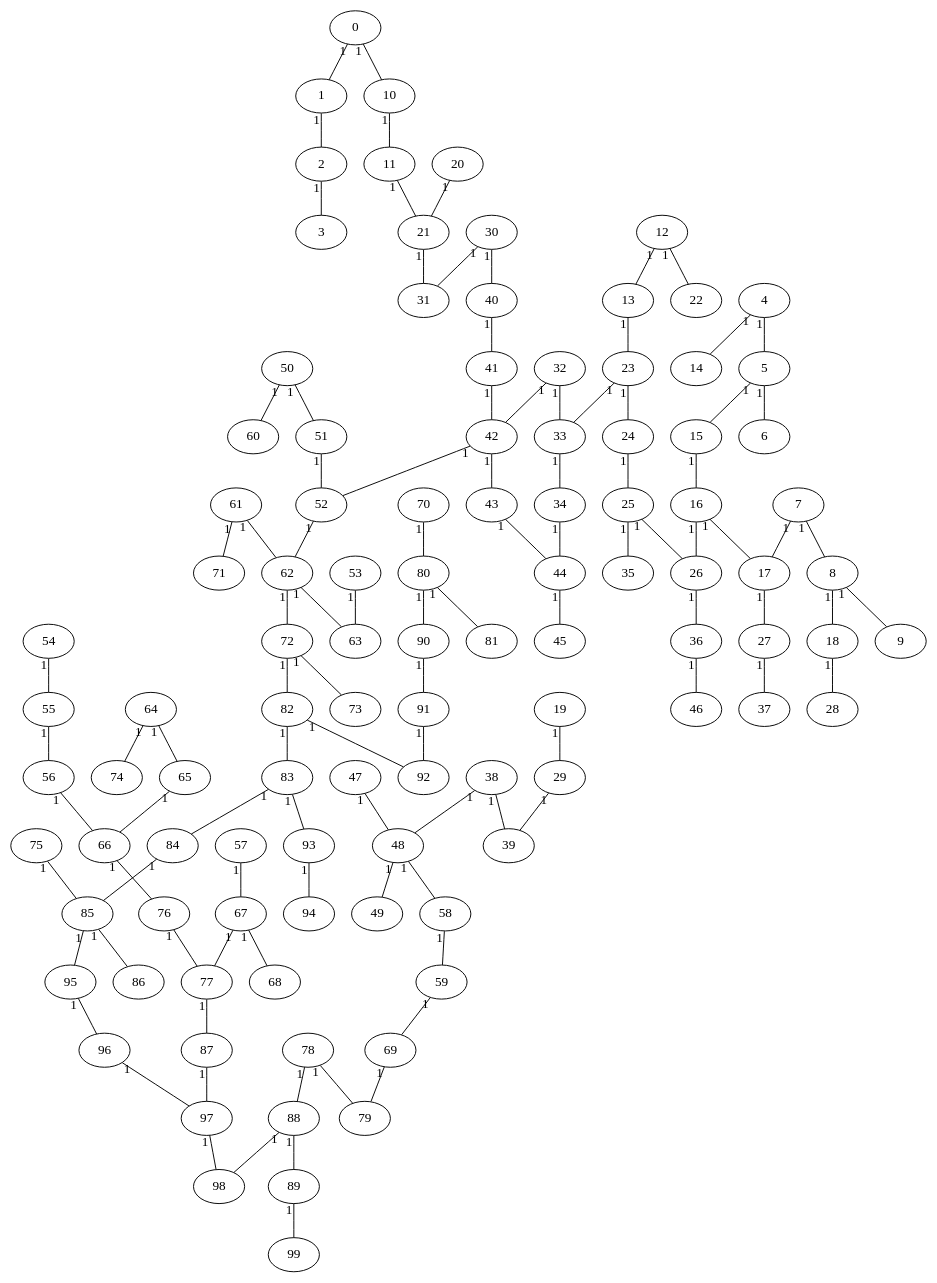
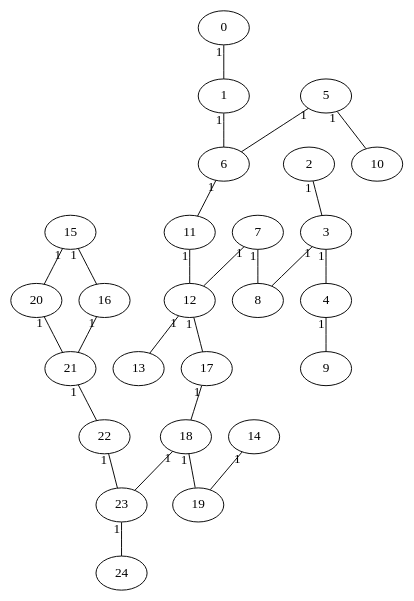
One commit to corentinckf/projetZ1 changed the diagram in parcours_graphe/mathieu/graph.dot. Above: the diagram before and after it, drawn with Graphviz. The commit also changed 6 other files, not shown here.

```diff
--- a/parcours_graphe/mathieu/graph.dot
+++ b/parcours_graphe/mathieu/graph.dot
@@ -1,104 +1,29 @@
 graph { 
 	0--1 [taillabel = "1"]
-	75--85 [taillabel = "1"]
-	27--37 [taillabel = "1"]
-	33--34 [taillabel = "1"]
-	13--23 [taillabel = "1"]
-	19--29 [taillabel = "1"]
-	80--81 [taillabel = "1"]
-	24--25 [taillabel = "1"]
-	23--33 [taillabel = "1"]
-	47--48 [taillabel = "1"]
-	10--11 [taillabel = "1"]
-	18--28 [taillabel = "1"]
-	61--62 [taillabel = "1"]
-	95--96 [taillabel = "1"]
-	70--80 [taillabel = "1"]
-	93--94 [taillabel = "1"]
-	30--40 [taillabel = "1"]
-	85--95 [taillabel = "1"]
-	1--2 [taillabel = "1"]
-	12--22 [taillabel = "1"]
-	87--97 [taillabel = "1"]
-	41--42 [taillabel = "1"]
-	4--14 [taillabel = "1"]
-	62--72 [taillabel = "1"]
-	40--41 [taillabel = "1"]
-	85--86 [taillabel = "1"]
+	3--4 [taillabel = "1"]
 	20--21 [taillabel = "1"]
+	12--17 [taillabel = "1"]
+	5--6 [taillabel = "1"]
+	22--23 [taillabel = "1"]
+	17--18 [taillabel = "1"]
+	7--12 [taillabel = "1"]
+	6--11 [taillabel = "1"]
+	1--6 [taillabel = "1"]
+	23--24 [taillabel = "1"]
+	4--9 [taillabel = "1"]
+	14--19 [taillabel = "1"]
+	11--12 [taillabel = "1"]
+	18--23 [taillabel = "1"]
+	7--8 [taillabel = "1"]
+	21--22 [taillabel = "1"]
+	12--13 [taillabel = "1"]
+	5--10 [taillabel = "1"]
+	16--21 [taillabel = "1"]
 	15--16 [taillabel = "1"]
-	11--21 [taillabel = "1"]
-	32--33 [taillabel = "1"]
-	67--77 [taillabel = "1"]
-	26--36 [taillabel = "1"]
-	83--93 [taillabel = "1"]
-	55--56 [taillabel = "1"]
-	38--39 [taillabel = "1"]
-	65--66 [taillabel = "1"]
-	89--99 [taillabel = "1"]
-	80--90 [taillabel = "1"]
-	21--31 [taillabel = "1"]
-	16--17 [taillabel = "1"]
-	91--92 [taillabel = "1"]
-	25--26 [taillabel = "1"]
-	32--42 [taillabel = "1"]
-	84--85 [taillabel = "1"]
-	5--6 [taillabel = "1"]
-	38--48 [taillabel = "1"]
-	7--8 [taillabel = "1"]
-	44--45 [taillabel = "1"]
-	66--76 [taillabel = "1"]
-	97--98 [taillabel = "1"]
-	16--26 [taillabel = "1"]
-	76--77 [taillabel = "1"]
-	54--55 [taillabel = "1"]
-	62--63 [taillabel = "1"]
-	23--24 [taillabel = "1"]
-	5--15 [taillabel = "1"]
-	83--84 [taillabel = "1"]
-	56--66 [taillabel = "1"]
-	12--13 [taillabel = "1"]
-	77--87 [taillabel = "1"]
-	96--97 [taillabel = "1"]
+	18--19 [taillabel = "1"]
 	2--3 [taillabel = "1"]
-	53--63 [taillabel = "1"]
-	57--67 [taillabel = "1"]
-	4--5 [taillabel = "1"]
-	82--92 [taillabel = "1"]
-	34--44 [taillabel = "1"]
-	88--98 [taillabel = "1"]
-	51--52 [taillabel = "1"]
-	48--49 [taillabel = "1"]
-	17--27 [taillabel = "1"]
-	25--35 [taillabel = "1"]
-	90--91 [taillabel = "1"]
-	52--62 [taillabel = "1"]
-	58--59 [taillabel = "1"]
-	30--31 [taillabel = "1"]
-	64--74 [taillabel = "1"]
-	0--10 [taillabel = "1"]
-	64--65 [taillabel = "1"]
-	50--60 [taillabel = "1"]
-	7--17 [taillabel = "1"]
-	78--79 [taillabel = "1"]
-	36--46 [taillabel = "1"]
-	72--73 [taillabel = "1"]
-	69--79 [taillabel = "1"]
-	78--88 [taillabel = "1"]
-	42--52 [taillabel = "1"]
-	61--71 [taillabel = "1"]
-	8--9 [taillabel = "1"]
-	48--58 [taillabel = "1"]
-	8--18 [taillabel = "1"]
-	29--39 [taillabel = "1"]
-	82--83 [taillabel = "1"]
-	72--82 [taillabel = "1"]
-	50--51 [taillabel = "1"]
-	59--69 [taillabel = "1"]
-	67--68 [taillabel = "1"]
-	42--43 [taillabel = "1"]
-	88--89 [taillabel = "1"]
-	43--44 [taillabel = "1"]
+	3--8 [taillabel = "1"]
+	15--20 [taillabel = "1"]
 	0
 	1
 	2
@@ -124,79 +49,4 @@
 	22
 	23
 	24
-	25
-	26
-	27
-	28
-	29
-	30
-	31
-	32
-	33
-	34
-	35
-	36
-	37
-	38
-	39
-	40
-	41
-	42
-	43
-	44
-	45
-	46
-	47
-	48
-	49
-	50
-	51
-	52
-	53
-	54
-	55
-	56
-	57
-	58
-	59
-	60
-	61
-	62
-	63
-	64
-	65
-	66
-	67
-	68
-	69
-	70
-	71
-	72
-	73
-	74
-	75
-	76
-	77
-	78
-	79
-	80
-	81
-	82
-	83
-	84
-	85
-	86
-	87
-	88
-	89
-	90
-	91
-	92
-	93
-	94
-	95
-	96
-	97
-	98
-	99
 } 
```
